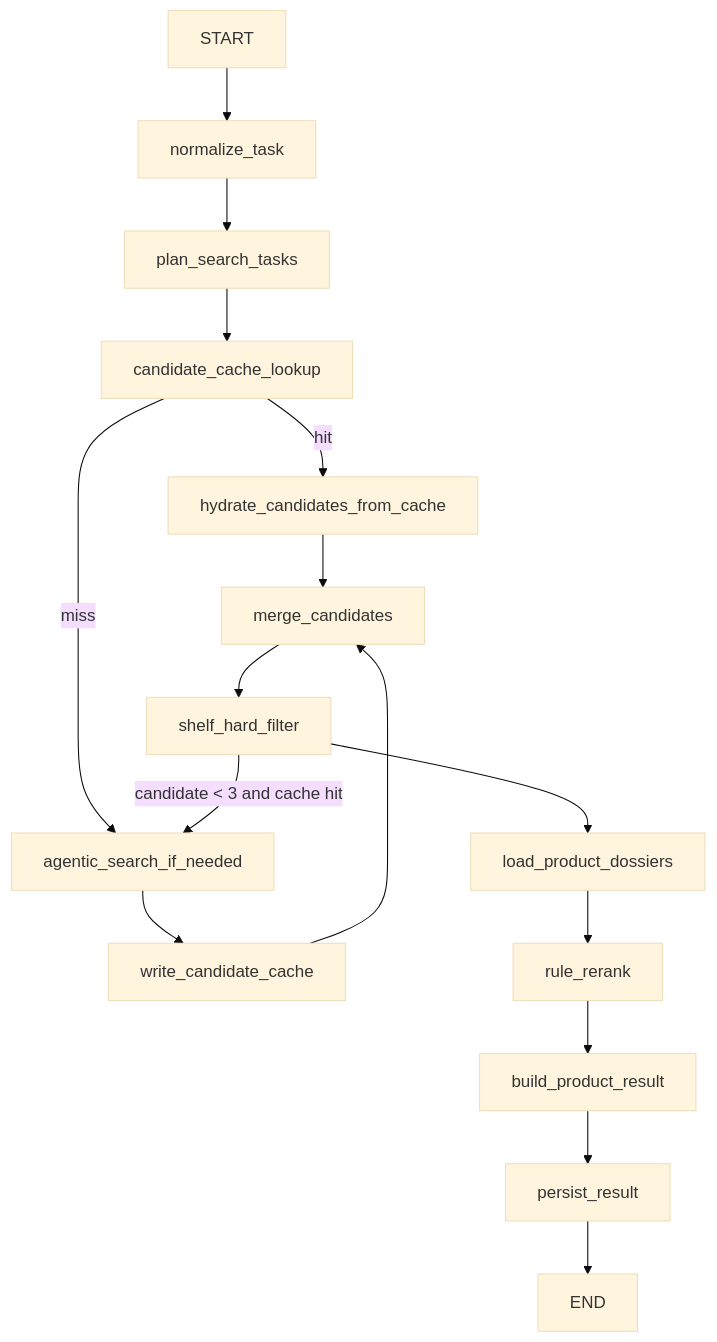
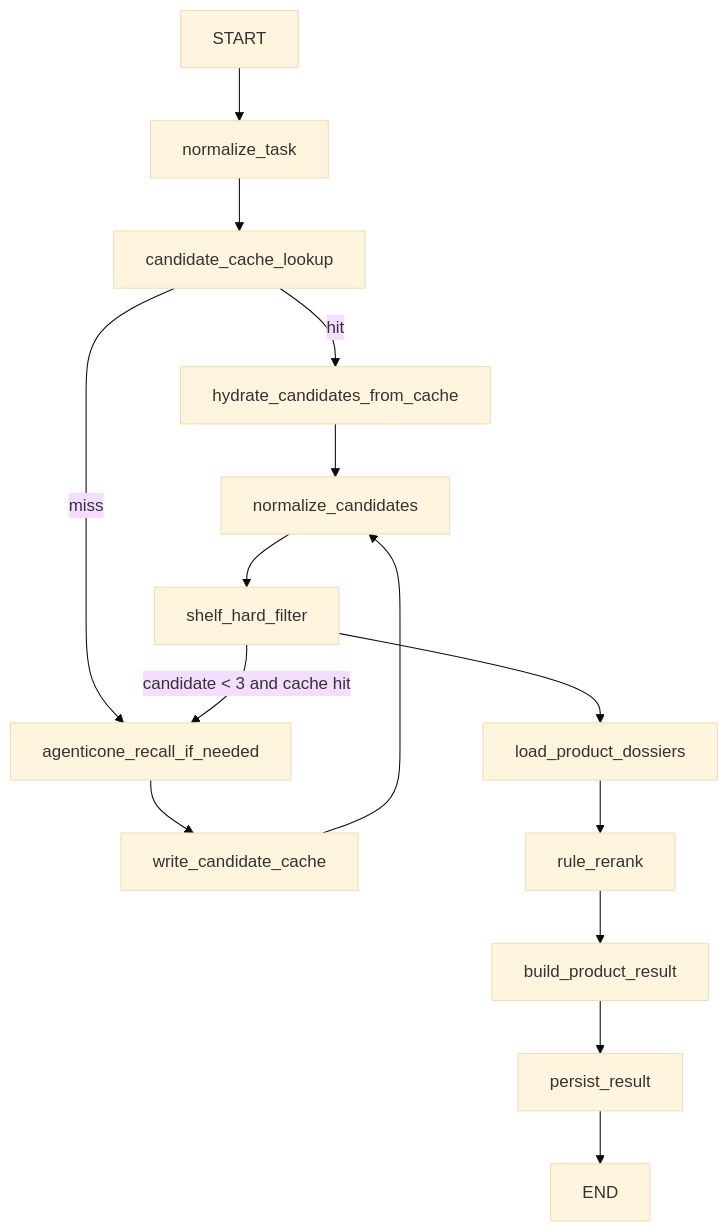
The second of 3 diagrams in content/program/llm/保险商品搜索 Agent 工程架构：从自然语言需求到可交互货架.md (istarwyh/xiaohui), drawn with Mermaid (base theme) before and after one commit. The commit also changed other lines of this file, not shown here.

Commit message:
docs: 统一保险搜品与 AgenticOne 召回链路

````diff
--- a/content/program/llm/保险商品搜索 Agent 工程架构：从自然语言需求到可交互货架.md
+++ b/content/program/llm/保险商品搜索 Agent 工程架构：从自然语言需求到可交互货架.md
@@ -451,18 +441,17 @@
 ```mermaid
 flowchart TD
     A[START] --> B[normalize_task]
-    B --> C[plan_search_tasks]
-    C --> D[candidate_cache_lookup]
+    B --> D[candidate_cache_lookup]
     D -->|hit| G[hydrate_candidates_from_cache]
-    D -->|miss| E[agentic_search_if_needed]
+    D -->|miss| E[agenticone_recall_if_needed]
     E --> F[write_candidate_cache]
-    G --> H[merge_candidates]
+    G --> H[normalize_candidates]
     F --> H
     H --> I[shelf_hard_filter]
     I -->|candidate < 3 and cache hit| E
     I --> J[load_product_dossiers]
     J --> K[rule_rerank]
     K --> L[build_product_result]
     L --> M[persist_result]
     M --> N[END]
 ```
````
